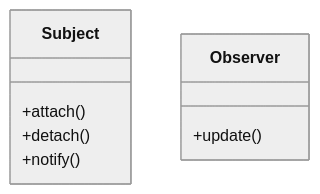
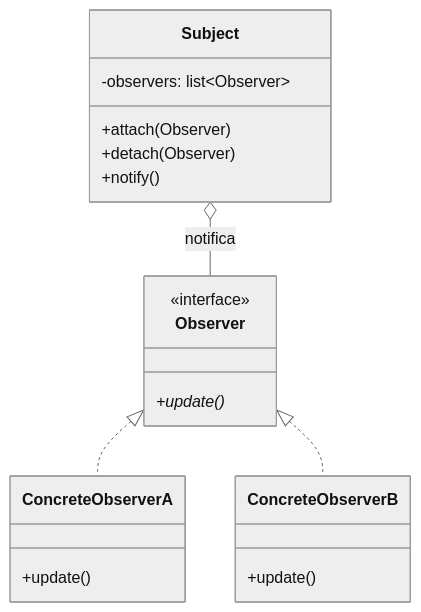
Before and after one commit to lucadileo9/design-pattern: the first of 3 diagrams in 03_behavioral/observer/README.md, drawn with Mermaid (neutral theme). The commit also changed other lines of this file, not shown here.

Commit message:
doc: add diagrams

````diff
--- a/03_behavioral/observer/README.md
+++ b/03_behavioral/observer/README.md
@@ -34,12 +36,23 @@
 ```mermaid
-%% Diagramma da completare
 classDiagram
     class Subject {
-        +attach()
-        +detach()
+        -observers: list~Observer~
+        +attach(Observer)
+        +detach(Observer)
         +notify()
     }
     class Observer {
+        <<interface>>
+        +update()*
+    }
+    class ConcreteObserverA {
         +update()
     }
+    class ConcreteObserverB {
+        +update()
+    }
+
+    Subject o-- Observer : notifica
+    Observer <|.. ConcreteObserverA
+    Observer <|.. ConcreteObserverB
 ```
````
